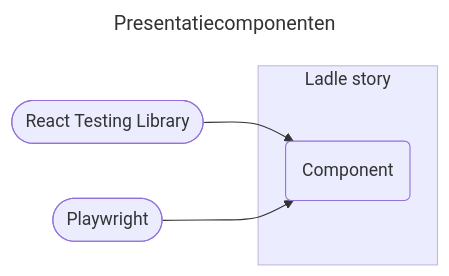
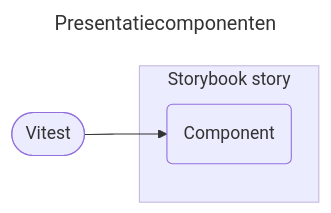
Before and after one commit to kiesraad/abacus: the first of 4 diagrams in documentatie/ontwikkelproces/test-tooling.md, drawn with Mermaid. The commit also changed other lines of this file and 49 other files, not shown here.

````diff
--- a/documentatie/ontwikkelproces/test-tooling.md
+++ b/documentatie/ontwikkelproces/test-tooling.md
@@ -30,18 +30,16 @@
 ```mermaid
 ---
 title: Presentatiecomponenten
 ---
 flowchart LR
-    rtl([React Testing Library])
-    playwright([Playwright])
+    vitest([Vitest])
     component(Component)
 
-    subgraph ladle-story [Ladle story]
+    subgraph storybook-story [Storybook story]
         component
     end
 
-    style ladle-story fill:#ececff,stroke:#c5b9de
+    style storybook-story fill:#ececff,stroke:#c5b9de
 
-    rtl --> component
-    playwright --> component
+    vitest --> component
 ```
````
